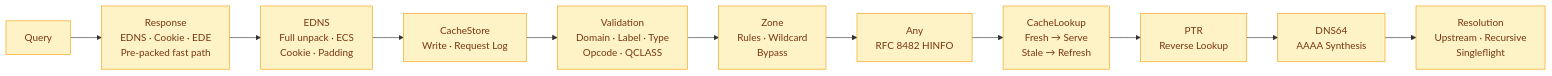
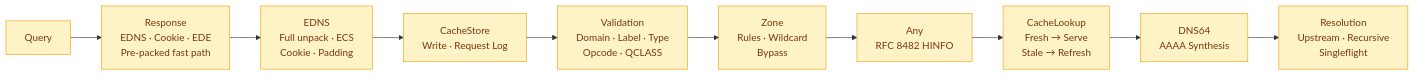
The third of 28 diagrams in docs/FLOWCHARTS.md (hezhijie0327/ZJDNS), drawn with Mermaid before and after one commit. The commit also changed other lines of this file and 33 other files, not shown here.

````diff
--- a/docs/FLOWCHARTS.md
+++ b/docs/FLOWCHARTS.md
@@ -51,16 +51,15 @@
 ```mermaid
 graph LR
     Q[Query] --> R[Response<br/>EDNS · Cookie · EDE<br/>Pre-packed fast path]
     R --> E[EDNS<br/>Full unpack · ECS<br/>Cookie · Padding]
     E --> CS[CacheStore<br/>Write · Request Log]
     CS --> V[Validation<br/>Domain · Label · Type<br/>Opcode · QCLASS]
     V --> Z[Zone<br/>Rules · Wildcard<br/>Bypass]
     Z --> A[Any<br/>RFC 8482 HINFO]
     A --> CL[CacheLookup<br/>Fresh → Serve<br/>Stale → Refresh]
-    CL --> PT[PTR<br/>Reverse Lookup]
-    PT --> D64[DNS64<br/>AAAA Synthesis]
+    CL --> D64[DNS64<br/>AAAA Synthesis]
     D64 --> RE[Resolution<br/>Upstream · Recursive<br/>Singleflight]
     classDef mw fill:#fef3c7,stroke:#f59e0b,color:#78350f
     class Q mw
-    class R,E,CS,V,Z,A,CL,PT,D64,RE mw
+    class R,E,CS,V,Z,A,CL,D64,RE mw
 ```
````
